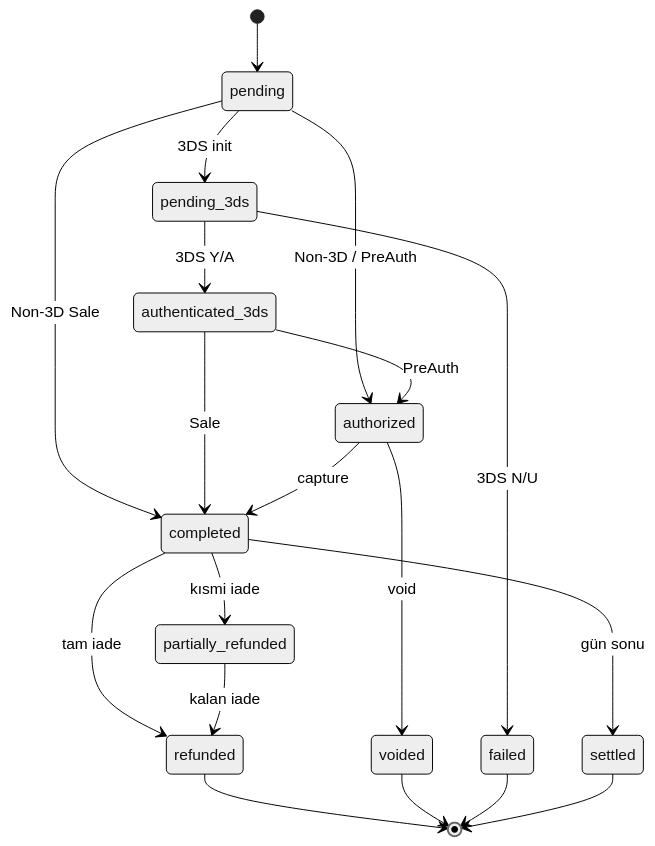
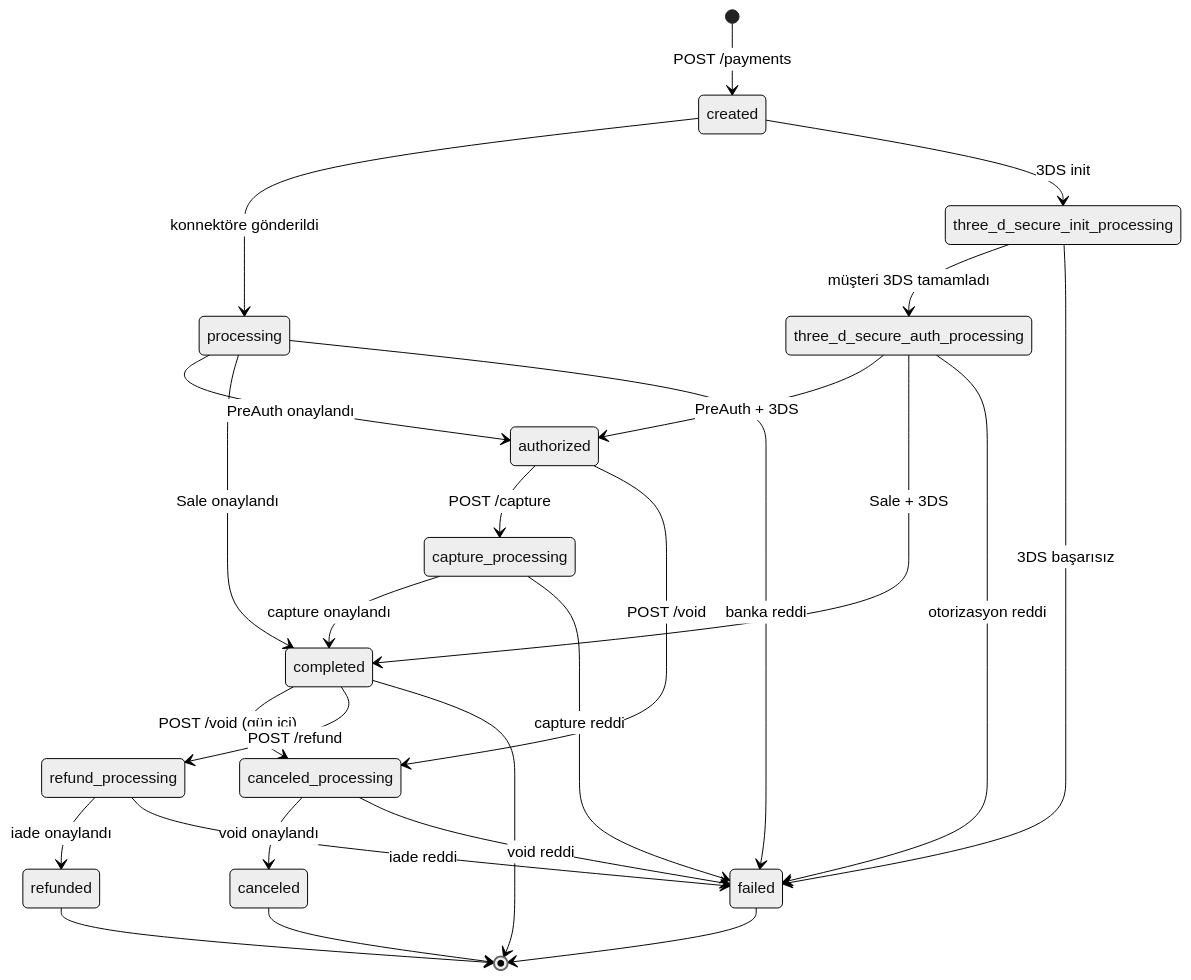
Before and after one commit to payment-pos/mintlify: the diagram in sanal-pos/payment-object.mdx, drawn with Mermaid (neutral theme). The commit also changed other lines of this file and 28 other files, not shown here.

````diff
--- a/sanal-pos/payment-object.mdx
+++ b/sanal-pos/payment-object.mdx
@@ -97,21 +108,28 @@
 ```mermaid
 stateDiagram-v2
-    [*] --> pending
-    pending --> pending_3ds: 3DS init
-    pending --> authorized: Non-3D / PreAuth
-    pending --> completed: Non-3D Sale
-    pending_3ds --> authenticated_3ds: 3DS Y/A
-    pending_3ds --> failed: 3DS N/U
-    authenticated_3ds --> authorized: PreAuth
-    authenticated_3ds --> completed: Sale
-    authorized --> completed: capture
-    authorized --> voided: void
-    completed --> refunded: tam iade
-    completed --> partially_refunded: kısmi iade
-    partially_refunded --> refunded: kalan iade
-    completed --> settled: gün sonu
+    [*] --> created: POST /payments
+    created --> processing: konnektöre gönderildi
+    created --> three_d_secure_init_processing: 3DS init
+    processing --> authorized: PreAuth onaylandı
+    processing --> completed: Sale onaylandı
+    processing --> failed: banka reddi
+    three_d_secure_init_processing --> three_d_secure_auth_processing: müşteri 3DS tamamladı
+    three_d_secure_init_processing --> failed: 3DS başarısız
+    three_d_secure_auth_processing --> authorized: PreAuth + 3DS
+    three_d_secure_auth_processing --> completed: Sale + 3DS
+    three_d_secure_auth_processing --> failed: otorizasyon reddi
+    authorized --> capture_processing: POST /capture
+    capture_processing --> completed: capture onaylandı
+    capture_processing --> failed: capture reddi
+    authorized --> canceled_processing: POST /void
+    completed --> canceled_processing: POST /void (gün içi)
+    completed --> refund_processing: POST /refund
+    canceled_processing --> canceled: void onaylandı
+    canceled_processing --> failed: void reddi
+    refund_processing --> refunded: iade onaylandı
+    refund_processing --> failed: iade reddi
+    canceled --> [*]
     refunded --> [*]
-    voided --> [*]
     failed --> [*]
-    settled --> [*]
+    completed --> [*]
 ```
````
